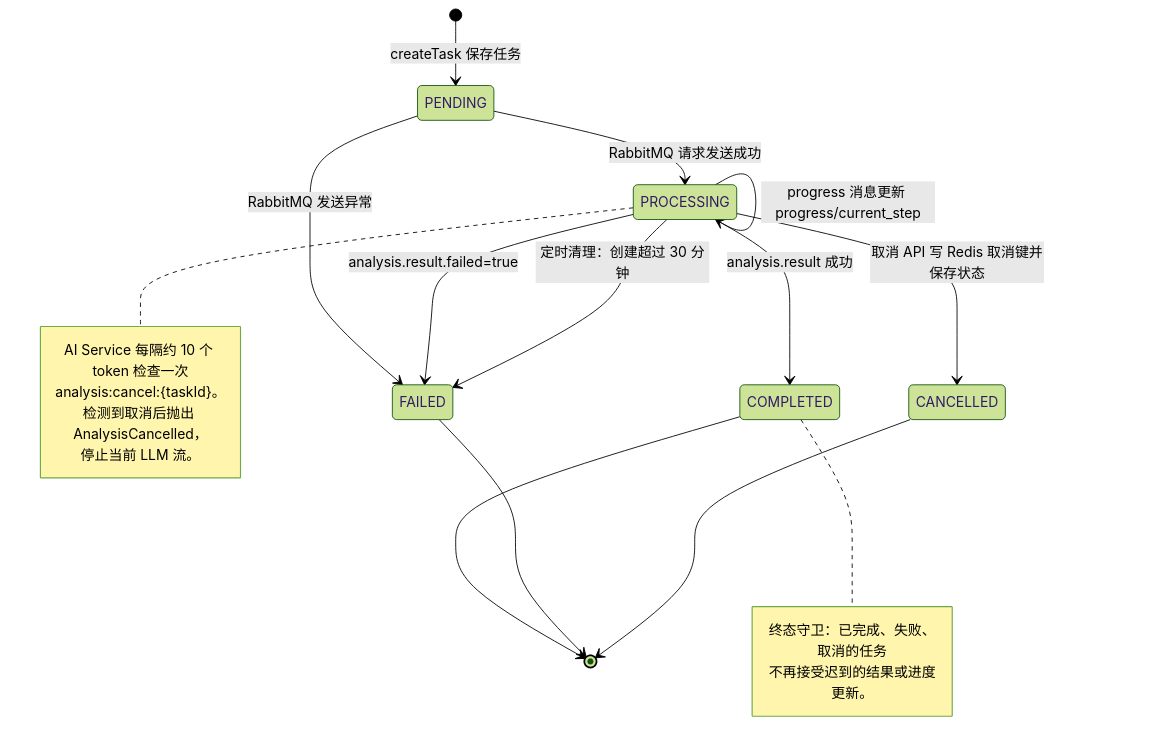
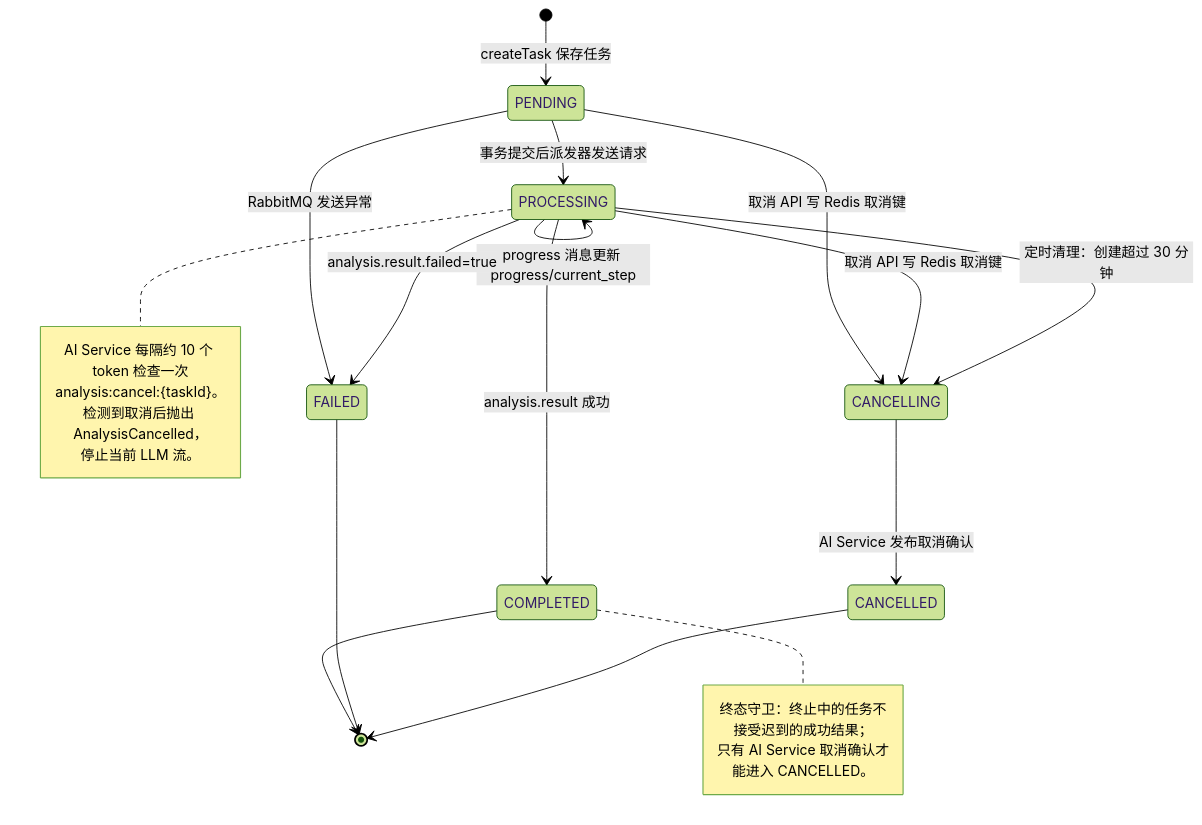
The fourth of 5 diagrams in docs/system-diagrams.md (Arohtea/The_Dehydrator), drawn with Mermaid (forest theme) before and after one commit. The commit also changed other lines of this file and 36 other files, not shown here.

````diff
--- a/docs/system-diagrams.md
+++ b/docs/system-diagrams.md
@@ -226,28 +226,30 @@
 ```mermaid
 stateDiagram-v2
     [*] --> PENDING : createTask 保存任务
-    PENDING --> PROCESSING : RabbitMQ 请求发送成功
+    PENDING --> PROCESSING : 事务提交后派发器发送请求
     PENDING --> FAILED : RabbitMQ 发送异常
 
     PROCESSING --> PROCESSING : progress 消息更新 progress/current_step
     PROCESSING --> COMPLETED : analysis.result 成功
     PROCESSING --> FAILED : analysis.result.failed=true
-    PROCESSING --> FAILED : 定时清理：创建超过 30 分钟
-    PROCESSING --> CANCELLED : 取消 API 写 Redis 取消键并保存状态
+    PENDING --> CANCELLING : 取消 API 写 Redis 取消键
+    PROCESSING --> CANCELLING : 取消 API 写 Redis 取消键
+    CANCELLING --> CANCELLED : AI Service 发布取消确认
+    PROCESSING --> CANCELLING : 定时清理：创建超过 30 分钟
 
     COMPLETED --> [*]
     FAILED --> [*]
     CANCELLED --> [*]
 
     note right of PROCESSING
       AI Service 每隔约 10 个 token 检查一次
       analysis:cancel:{taskId}。
       检测到取消后抛出 AnalysisCancelled，
       停止当前 LLM 流。
     end note
 
     note right of COMPLETED
-      终态守卫：已完成、失败、取消的任务
-      不再接受迟到的结果或进度更新。
+      终态守卫：终止中的任务不接受迟到的成功结果；
+      只有 AI Service 取消确认才能进入 CANCELLED。
     end note
 ```
````
